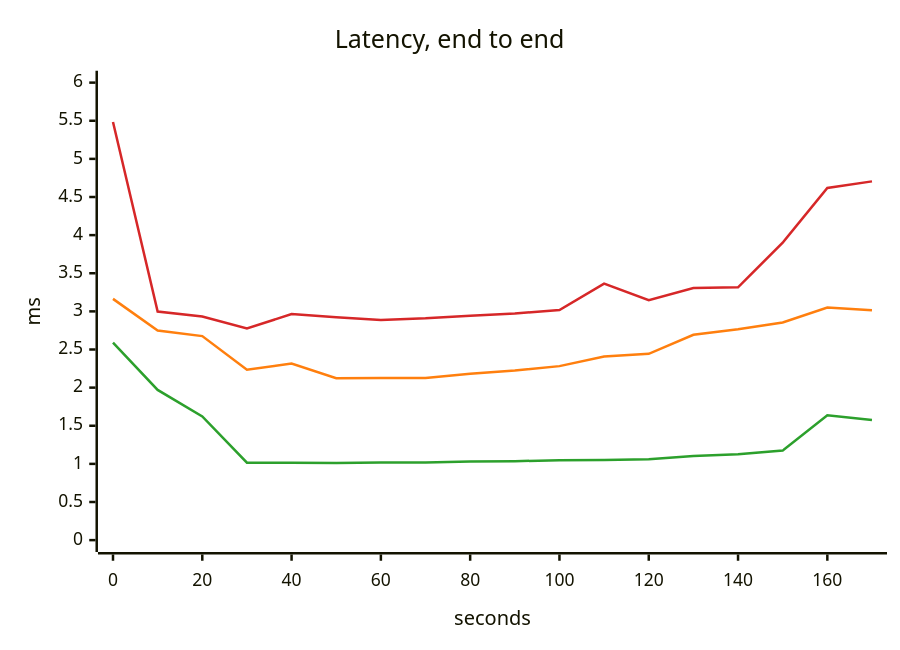
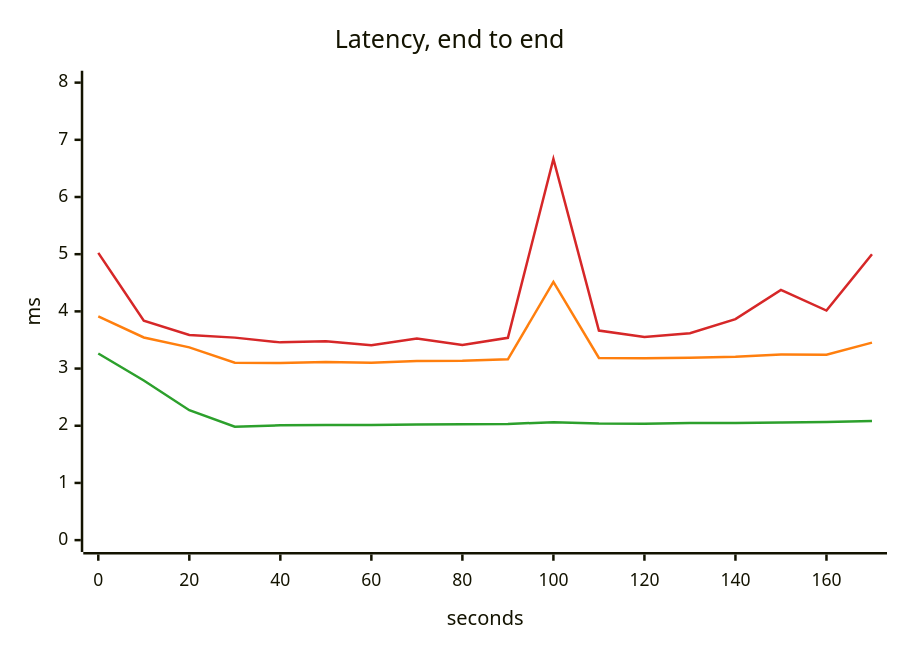
One commit to akinfemi/load-lore changed the third of 5 diagrams in scenarios/statement-day/solutions/provisioned-iops/report.md. Above: the diagram before and after it, drawn with Mermaid. The commit also changed other lines of this file and 71 other files, not shown here.

````diff
--- a/scenarios/statement-day/solutions/provisioned-iops/report.md
+++ b/scenarios/statement-day/solutions/provisioned-iops/report.md
@@ -57,16 +56,16 @@
 ```mermaid
 ---
 config:
   themeVariables:
     xyChart:
       backgroundColor: "transparent"
       plotColorPalette: "#2ca02c, #ff7f0e, #d62728"
 ---
 xychart-beta
     title "Latency, end to end"
     x-axis "seconds" 0 --> 170
-    y-axis "ms" 0 --> 6
-    line [2.591, 1.97, 1.623, 1.016, 1.015, 1.013, 1.017, 1.019, 1.03, 1.036, 1.046, 1.052, 1.062, 1.103, 1.127, 1.174, 1.638, 1.574]
-    line [3.164, 2.749, 2.676, 2.236, 2.315, 2.124, 2.126, 2.125, 2.181, 2.224, 2.282, 2.407, 2.443, 2.693, 2.765, 2.855, 3.051, 3.015]
-    line [5.483, 2.998, 2.932, 2.775, 2.964, 2.923, 2.888, 2.909, 2.944, 2.971, 3.018, 3.364, 3.148, 3.305, 3.316, 3.901, 4.618, 4.705]
+    y-axis "ms" 0 --> 8
+    line [3.263, 2.792, 2.272, 1.983, 2.007, 2.015, 2.015, 2.02, 2.028, 2.032, 2.063, 2.038, 2.037, 2.046, 2.048, 2.056, 2.064, 2.081]
+    line [3.914, 3.544, 3.371, 3.101, 3.098, 3.113, 3.101, 3.131, 3.136, 3.161, 4.516, 3.185, 3.181, 3.19, 3.205, 3.244, 3.243, 3.454]
+    line [5.023, 3.838, 3.586, 3.541, 3.458, 3.479, 3.408, 3.525, 3.414, 3.538, 6.664, 3.665, 3.554, 3.619, 3.864, 4.375, 4.015, 4.998]
 ```
````
